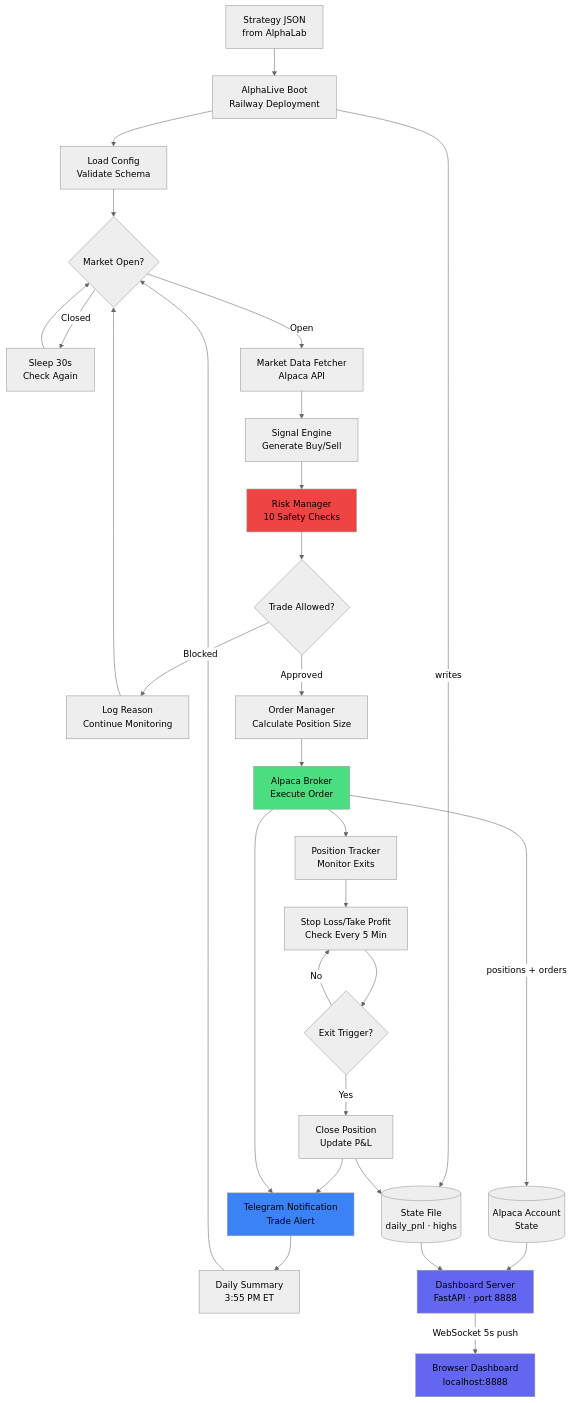
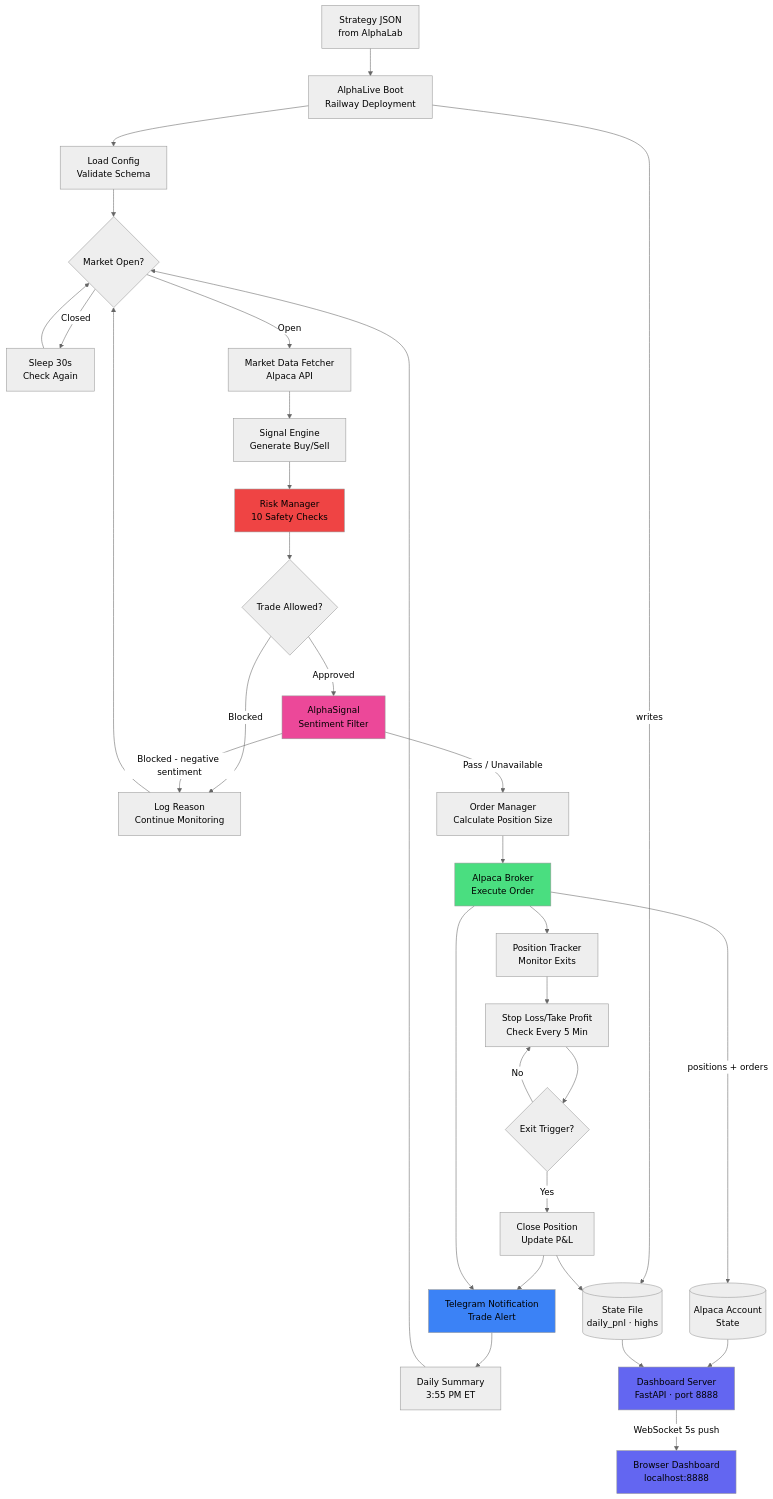
Before and after one commit to bernardoguterres/AlphaLive: the diagram in README.md, drawn with Mermaid (neutral theme). The commit also changed other lines of this file, not shown here.

Commit message:
docs: correct strategy count to 8, fix greenblatt_weekly params, update diagram

````diff
--- a/README.md
+++ b/README.md
@@ -223,38 +223,41 @@
 ```mermaid
 flowchart TD
     A[Strategy JSON<br/>from AlphaLab] --> B[AlphaLive Boot<br/>Railway Deployment]
     B --> C[Load Config<br/>Validate Schema]
     C --> D{Market Open?}
     D -->|Closed| E[Sleep 30s<br/>Check Again]
     E --> D
     D -->|Open| F[Market Data Fetcher<br/>Alpaca API]
     F --> G[Signal Engine<br/>Generate Buy/Sell]
     G --> H[Risk Manager<br/>10 Safety Checks]
     H --> I{Trade Allowed?}
     I -->|Blocked| J[Log Reason<br/>Continue Monitoring]
-    I -->|Approved| K[Order Manager<br/>Calculate Position Size]
+    I -->|Approved| AS[AlphaSignal<br/>Sentiment Filter]
+    AS -->|Pass / Unavailable| K[Order Manager<br/>Calculate Position Size]
+    AS -->|Blocked - negative sentiment| J
     K --> L[Alpaca Broker<br/>Execute Order]
     L --> M[Position Tracker<br/>Monitor Exits]
     M --> N[Stop Loss/Take Profit<br/>Check Every 5 Min]
     N --> O{Exit Trigger?}
     O -->|Yes| P[Close Position<br/>Update P&L]
     O -->|No| N
     P --> Q[Telegram Notification<br/>Trade Alert]
     L --> Q
     Q --> R[Daily Summary<br/>3:55 PM ET]
     R --> D
     J --> D
 
     L -->|positions + orders| S[(Alpaca Account<br/>State)]
     B -->|writes| T[(State File<br/>daily_pnl · highs)]
     P --> T
     S --> U[Dashboard Server<br/>FastAPI · port 8888]
     T --> U
     U -->|WebSocket 5s push| V[Browser Dashboard<br/>localhost:8888]
 
     style H fill:#ef4444
+    style AS fill:#ec4899
     style L fill:#4ade80
     style Q fill:#3b82f6
     style U fill:#6366f1
     style V fill:#6366f1
 ```
````
